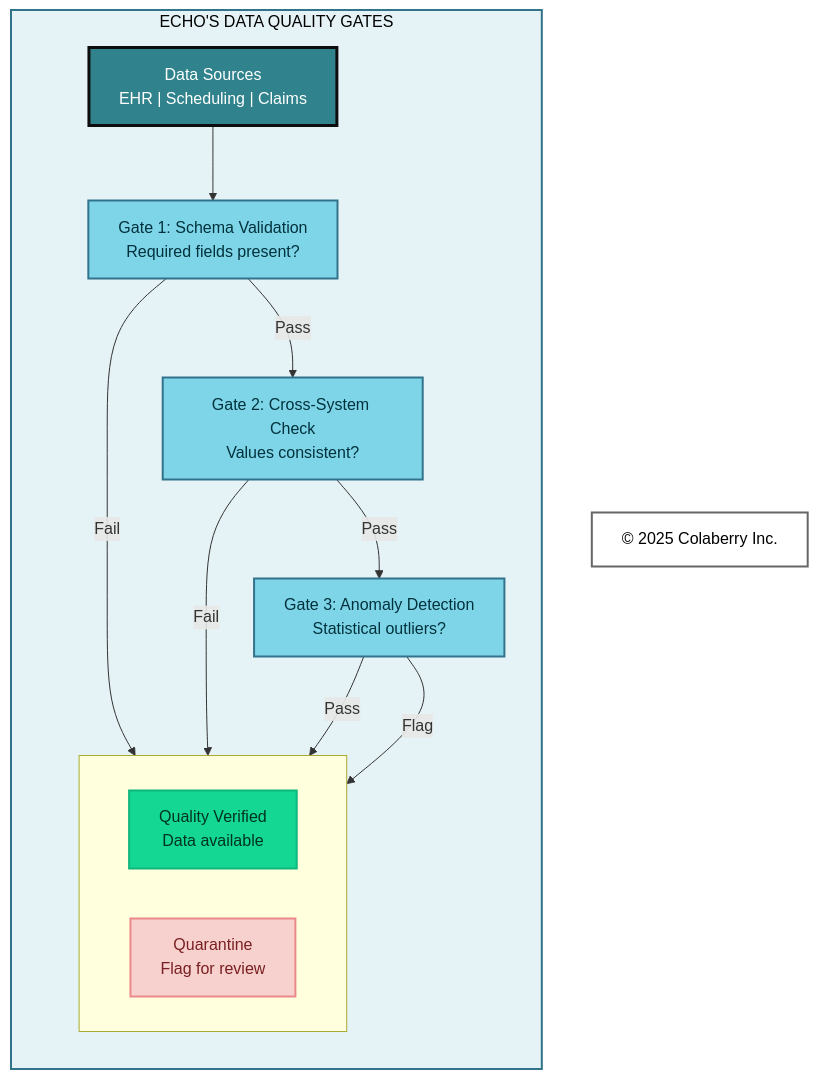
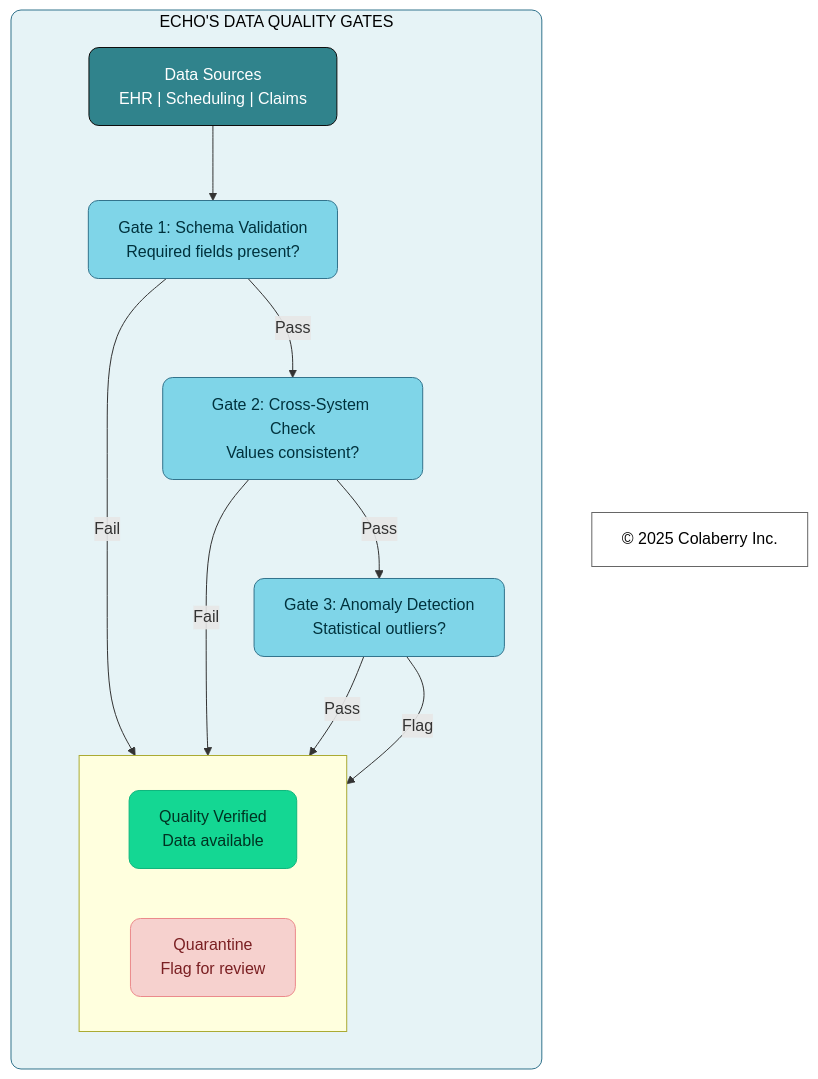
The seventh of 11 diagrams in manuscript/09_chapter_8_architecture_of_trust_in_action.md (colaberry/trust-before-intelligence-book), drawn with Mermaid before and after one commit. The commit also changed other lines of this file and 12 other files, not shown here.

````diff
--- a/manuscript/09_chapter_8_architecture_of_trust_in_action.md
+++ b/manuscript/09_chapter_8_architecture_of_trust_in_action.md
@@ -572,39 +572,39 @@
 ```mermaid
 
 graph TB
     subgraph QUALITY["ECHO'S DATA QUALITY GATES"]
         direction TB
         SOURCE["Data Sources<br/>EHR | Scheduling | Claims"]
         
         GATE1["Gate 1: Schema Validation<br/>Required fields present?"]
         GATE2["Gate 2: Cross-System Check<br/>Values consistent?"]
         GATE3["Gate 3: Anomaly Detection<br/>Statistical outliers?"]
         
         subgraph OUTCOMES[" "]
             direction LR
             PASS["Quality Verified<br/>Data available"]
             QUARANTINE["Quarantine<br/>Flag for review"]
         end
     end
     
     Copyright["© 2025 Colaberry Inc."]
     
     SOURCE --> GATE1
     GATE1 -->|"Pass"| GATE2
     GATE1 -->|"Fail"| QUARANTINE
     GATE2 -->|"Pass"| GATE3
     GATE2 -->|"Fail"| QUARANTINE
     GATE3 -->|"Pass"| PASS
     GATE3 -->|"Flag"| QUARANTINE
     
-    style QUALITY fill:#E6F3F6,stroke:#32738C,stroke-width:2px,color:#000000
-    style SOURCE fill:#30838C,stroke:#0D0D0D,stroke-width:3px,color:#ffffff
-    style GATE1 fill:#7FD5E8,stroke:#32738C,stroke-width:2px,color:#00323D
-    style GATE2 fill:#7FD5E8,stroke:#32738C,stroke-width:2px,color:#00323D
-    style GATE3 fill:#7FD5E8,stroke:#32738C,stroke-width:2px,color:#00323D
-    style PASS fill:#14D793,stroke:#0FB67D,stroke-width:2px,color:#003322
-    style QUARANTINE fill:#F6D1CE,stroke:#EB898B,stroke-width:2px,color:#7A1F22
-    style Copyright fill:#ffffff,stroke:#666666,stroke-width:2px,color:#000000
+    style QUALITY fill:#E6F3F6,stroke:#32738C,stroke-width:1px,color:#000000,rx:10,ry:10
+    style SOURCE fill:#30838C,stroke:#0D0D0D,stroke-width:1px,color:#ffffff,rx:10,ry:10
+    style GATE1 fill:#7FD5E8,stroke:#32738C,stroke-width:1px,color:#00323D,rx:10,ry:10
+    style GATE2 fill:#7FD5E8,stroke:#32738C,stroke-width:1px,color:#00323D,rx:10,ry:10
+    style GATE3 fill:#7FD5E8,stroke:#32738C,stroke-width:1px,color:#00323D,rx:10,ry:10
+    style PASS fill:#14D793,stroke:#0FB67D,stroke-width:1px,color:#003322,rx:10,ry:10
+    style QUARANTINE fill:#F6D1CE,stroke:#EB898B,stroke-width:1px,color:#7A1F22,rx:10,ry:10
+    style Copyright fill:none,stroke:#666666,stroke-width:1px,color:#000000
 
 
 ```
````
